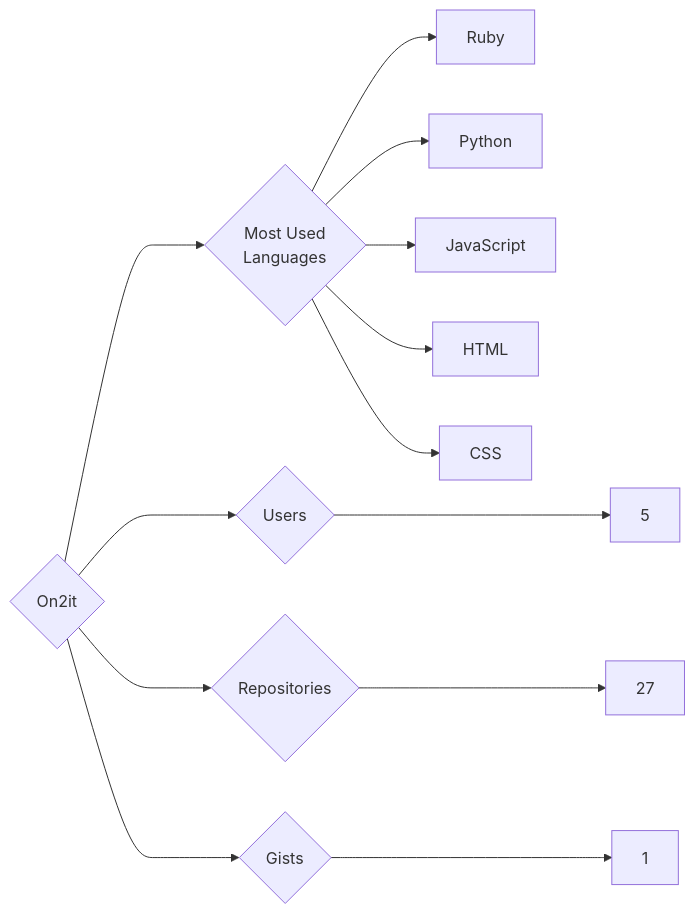
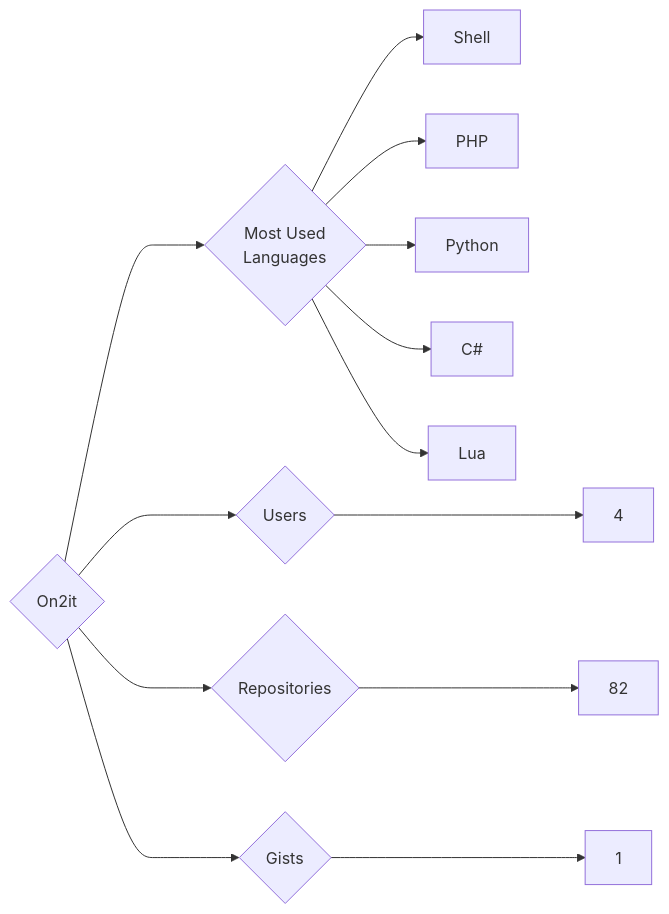
Before and after one commit to trickest/insiders: the diagram in targets/On2it/README.md, drawn with Mermaid. The commit also changed 870 other files, not shown here.

````diff
--- a/targets/On2it/README.md
+++ b/targets/On2it/README.md
@@ -3,13 +3,13 @@
 ```mermaid
 graph LR
 COMPANY_NAME{On2it}
-COMPANY_NAME ---> U{Users} ---> UN[5]
-COMPANY_NAME ---> R{Repositories} ---> RN[27]
+COMPANY_NAME ---> U{Users} ---> UN[4]
+COMPANY_NAME ---> R{Repositories} ---> RN[82]
 COMPANY_NAME ---> G{Gists} ---> GN[1]
 COMPANY_NAME ---> ML{Most Used<br>Languages}
-ML --> Ruby[Ruby]
+ML --> Shell[Shell]
+ML --> PHP[PHP]
 ML --> Python[Python]
-ML --> JavaScript[JavaScript]
-ML --> HTML[HTML]
-ML --> CSS[CSS]
+ML --> C#[C#]
+ML --> Lua[Lua]
 ```
````
